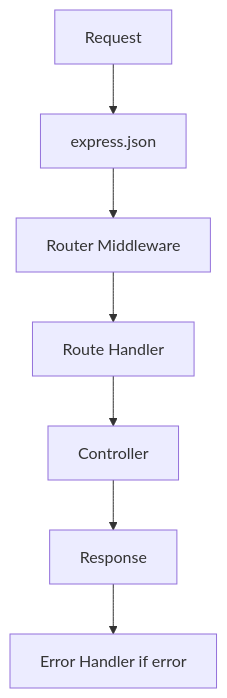
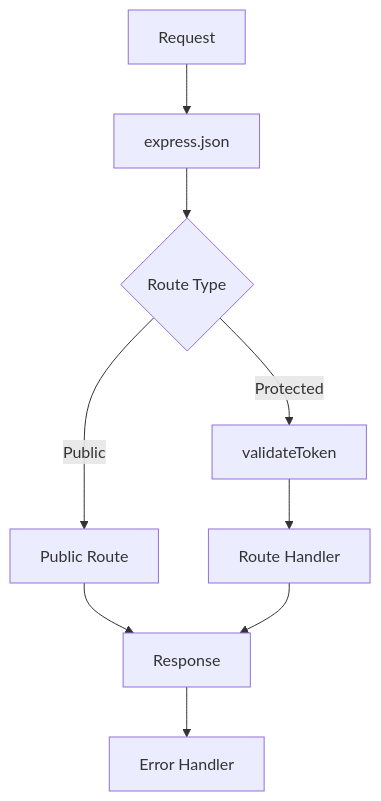
Before and after one commit to koffandaff/ExpressJs-101: the first of 2 diagrams in README.md, drawn with Mermaid. The commit also changed other lines of this file, not shown here.

````diff
--- a/README.md
+++ b/README.md
@@ -176,9 +172,11 @@
 ```mermaid
 graph TD
     A[Request] --> B[express.json]
-    B --> C[Router Middleware]
-    C --> D[Route Handler]
-    D --> E[Controller]
-    E --> F[Response]
-    F --> G[Error Handler if error]
+    B --> C{Route Type}
+    C -->|Public| D[Public Route]
+    C -->|Protected| E[validateToken]
+    E --> F[Route Handler]
+    D --> G[Response]
+    F --> G
+    G --> H[Error Handler]
 ```
````
